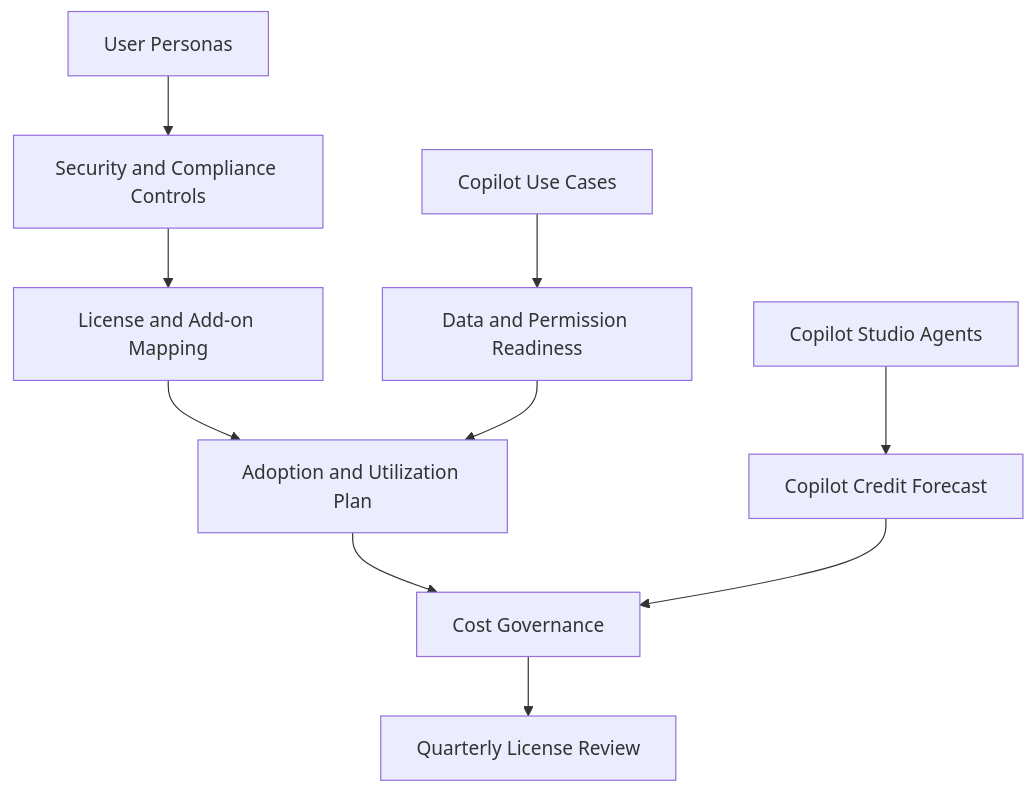
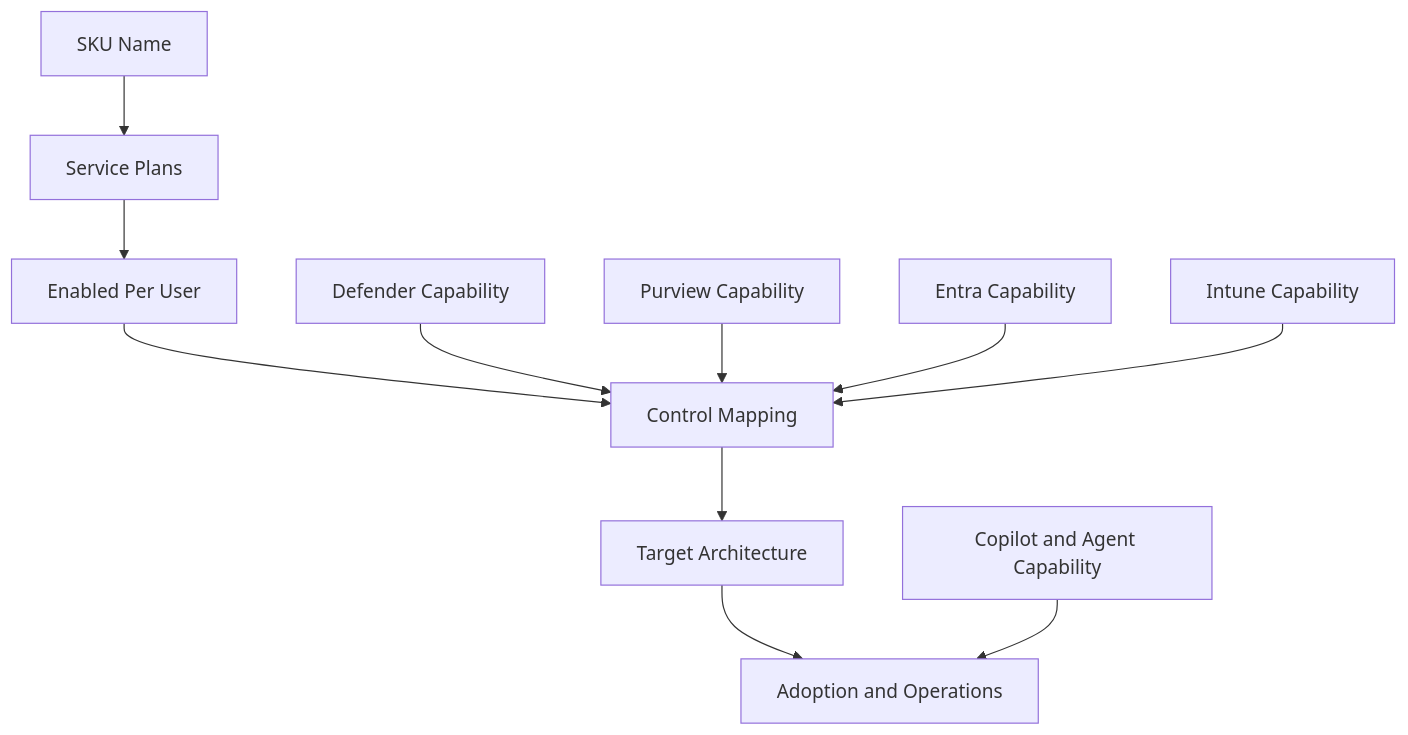
Before and after one commit to Eric841001/Eric841001.github.io: the diagram in docs/licensing/july-2026-microsoft-licensing-update.md, drawn with Mermaid. The commit also changed other lines of this file and 8 other files, not shown here.

````diff
--- a/docs/licensing/july-2026-microsoft-licensing-update.md
+++ b/docs/licensing/july-2026-microsoft-licensing-update.md
@@ -50,14 +76,14 @@
 ```mermaid
 flowchart TB
-  Persona[User Personas] --> Controls[Security and Compliance Controls]
-  Controls --> License[License and Add-on Mapping]
-  License --> Adoption[Adoption and Utilization Plan]
-  Adoption --> Cost[Cost Governance]
-  Cost --> Review[Quarterly License Review]
+  SKU[SKU Name] --> Plans[Service Plans]
+  Plans --> Enabled[Enabled Per User]
+  Enabled --> Controls[Control Mapping]
+  Controls --> Architecture[Target Architecture]
+  Architecture --> Adoption[Adoption and Operations]
 
-  Copilot[Copilot Use Cases] --> Readiness[Data and Permission Readiness]
-  Readiness --> Adoption
-
-  Agents[Copilot Studio Agents] --> Credits[Copilot Credit Forecast]
-  Credits --> Cost
+  Defender[Defender Capability] --> Controls
+  Purview[Purview Capability] --> Controls
+  Entra[Entra Capability] --> Controls
+  Intune[Intune Capability] --> Controls
+  Copilot[Copilot and Agent Capability] --> Adoption
 ```
````
